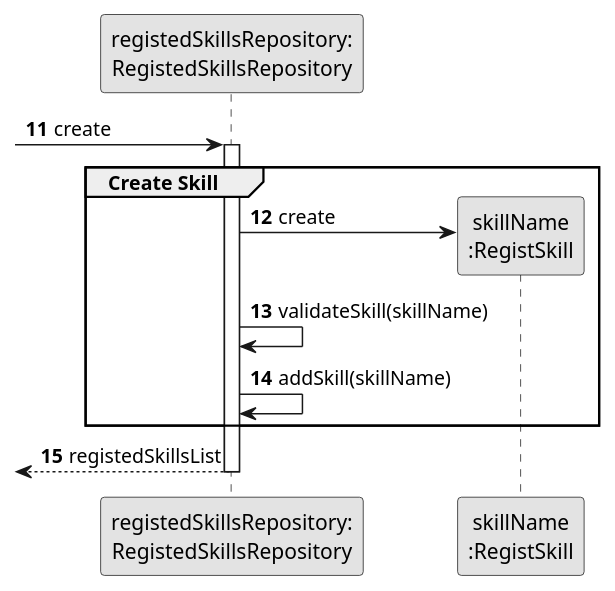
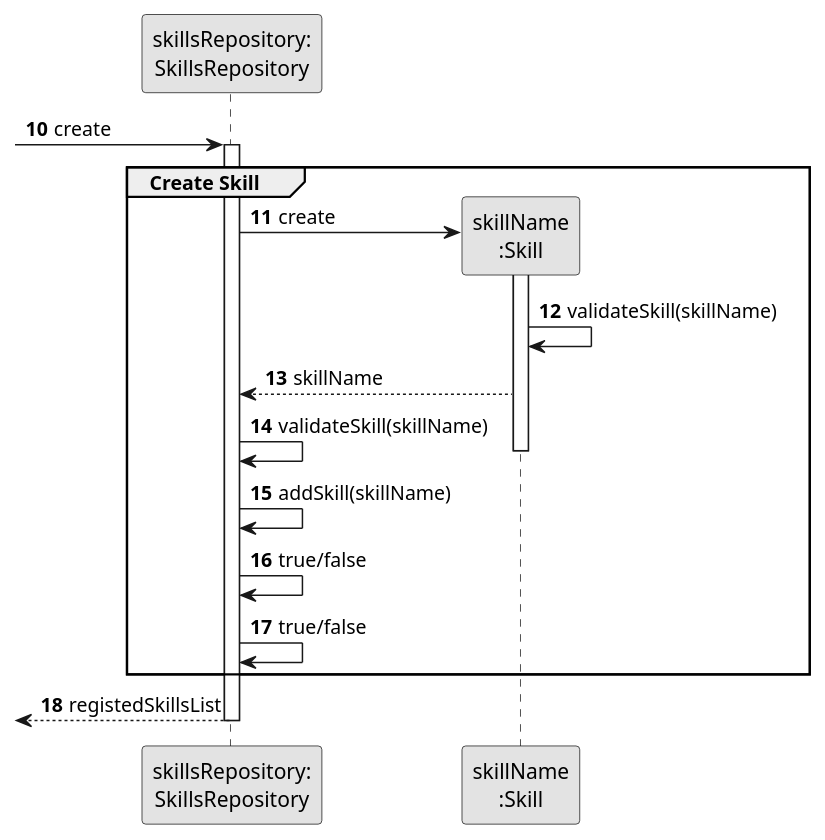
One commit to 1231360-ISEP/lei-24-s2-1db-g021 changed the diagram in docs/sprint2/us001/03.design/puml/us001-sequence-diagram-partial-create-skill.puml. Above: the diagram before and after it, drawn with PlantUML. The commit also changed 10 other files, not shown here.

```diff
--- a/docs/sprint2/us001/03.design/puml/us001-sequence-diagram-partial-create-skill.puml
+++ b/docs/sprint2/us001/03.design/puml/us001-sequence-diagram-partial-create-skill.puml
@@ -1,26 +1,34 @@
 @startuml
 skinparam monochrome true
 skinparam packageStyle rectangle
 skinparam shadowing false
 
-participant "registedSkillsRepository:\nRegistedSkillsRepository" as RegistedSkillsRepository
-participant "skillName\n:RegistSkill" as TAREFA
+participant "skillsRepository:\nSkillsRepository" as SkillsRepository
+participant "skillName\n:Skill" as TAREFA
 
-autonumber 11
--> RegistedSkillsRepository: create
+autonumber 10
+-> SkillsRepository: create
 
-activate RegistedSkillsRepository
+activate SkillsRepository
     group Create Skill
 
-        RegistedSkillsRepository -> TAREFA**: create
-        RegistedSkillsRepository -> RegistedSkillsRepository: validateSkill(skillName)
-        RegistedSkillsRepository -> RegistedSkillsRepository: addSkill(skillName)
+        SkillsRepository -> TAREFA**: create
+                activate TAREFA
+
+                TAREFA -> TAREFA: validateSkill(skillName)
+
+                TAREFA --> SkillsRepository : skillName
+                SkillsRepository -> SkillsRepository: validateSkill(skillName)
+                deactivate TAREFA
+                SkillsRepository -> SkillsRepository: addSkill(skillName)
+                SkillsRepository -> SkillsRepository: true/false
+                SkillsRepository -> SkillsRepository: true/false
 
     end
 
-    <-- RegistedSkillsRepository : registedSkillsList
+    <-- SkillsRepository : registedSkillsList
 
-deactivate RegistedSkillsRepository
+deactivate SkillsRepository
 
 
 @enduml
```
